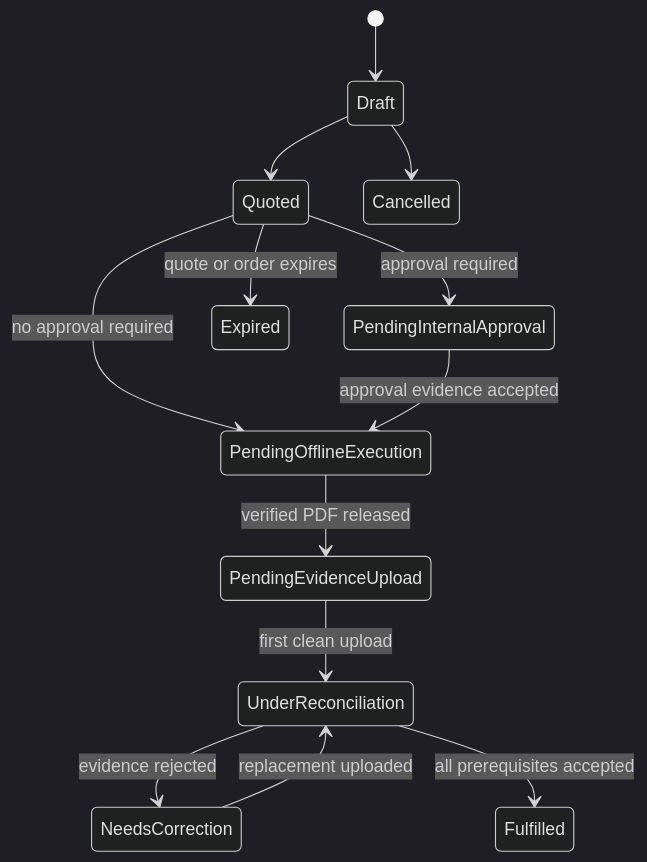
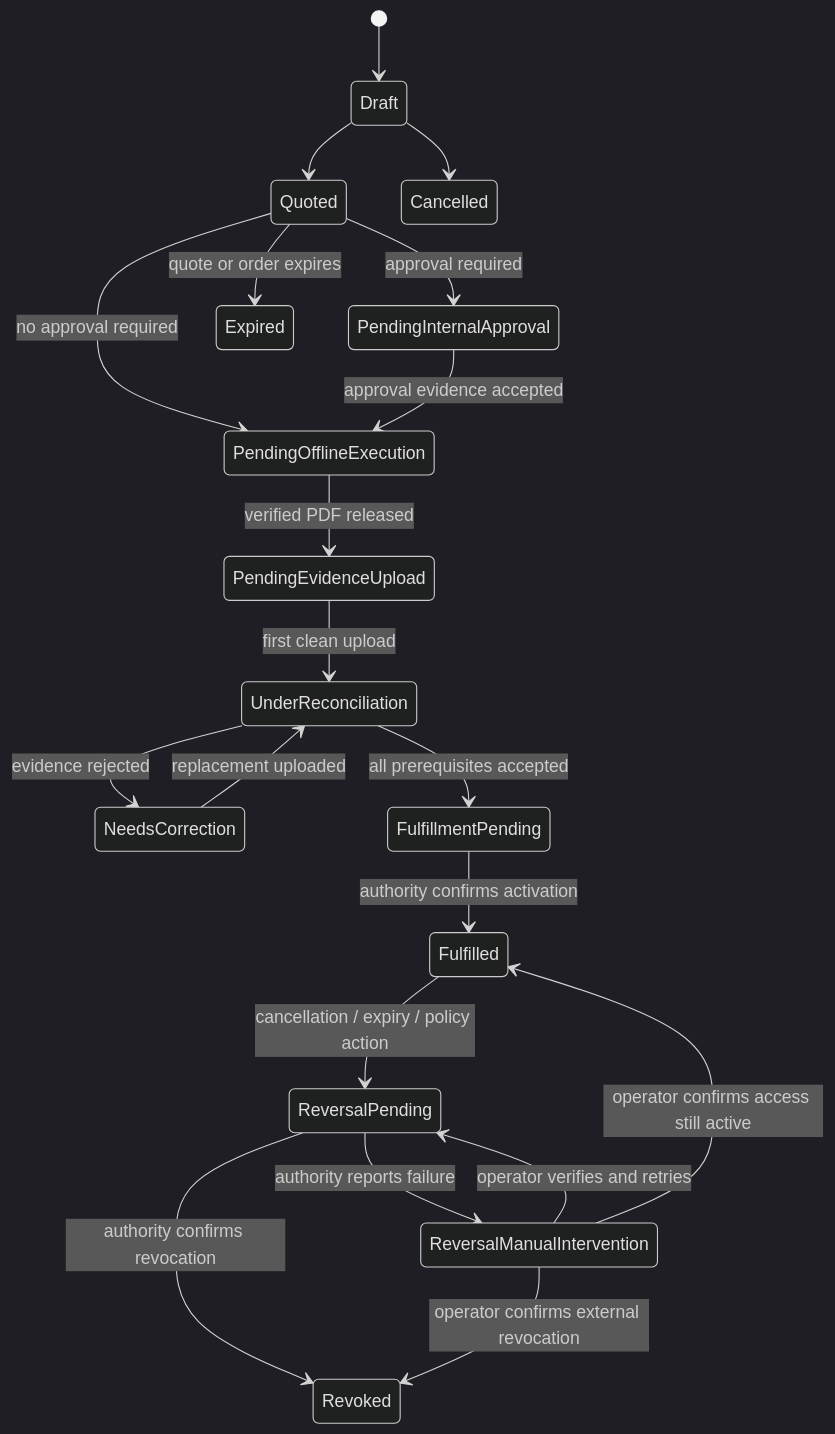
The diagram in docs/OFFLINE_COMMERCE.md (vectie/lunanexa), drawn with Mermaid (dark theme) before and after one commit. The commit also changed other lines of this file and 27 other files, not shown here.

````diff
--- a/docs/OFFLINE_COMMERCE.md
+++ b/docs/OFFLINE_COMMERCE.md
@@ -37,15 +44,22 @@
 ```mermaid
 stateDiagram-v2
     [*] --> Draft
     Draft --> Quoted
     Quoted --> PendingInternalApproval: approval required
     Quoted --> PendingOfflineExecution: no approval required
     PendingInternalApproval --> PendingOfflineExecution: approval evidence accepted
     PendingOfflineExecution --> PendingEvidenceUpload: verified PDF released
     PendingEvidenceUpload --> UnderReconciliation: first clean upload
     UnderReconciliation --> NeedsCorrection: evidence rejected
     NeedsCorrection --> UnderReconciliation: replacement uploaded
-    UnderReconciliation --> Fulfilled: all prerequisites accepted
+    UnderReconciliation --> FulfillmentPending: all prerequisites accepted
+    FulfillmentPending --> Fulfilled: authority confirms activation
+    Fulfilled --> ReversalPending: cancellation / expiry / policy action
+    ReversalPending --> Revoked: authority confirms revocation
+    ReversalPending --> ReversalManualIntervention: authority reports failure
+    ReversalManualIntervention --> ReversalPending: operator verifies and retries
+    ReversalManualIntervention --> Revoked: operator confirms external revocation
+    ReversalManualIntervention --> Fulfilled: operator confirms access still active
     Draft --> Cancelled
     Quoted --> Expired: quote or order expires
 ```
````
